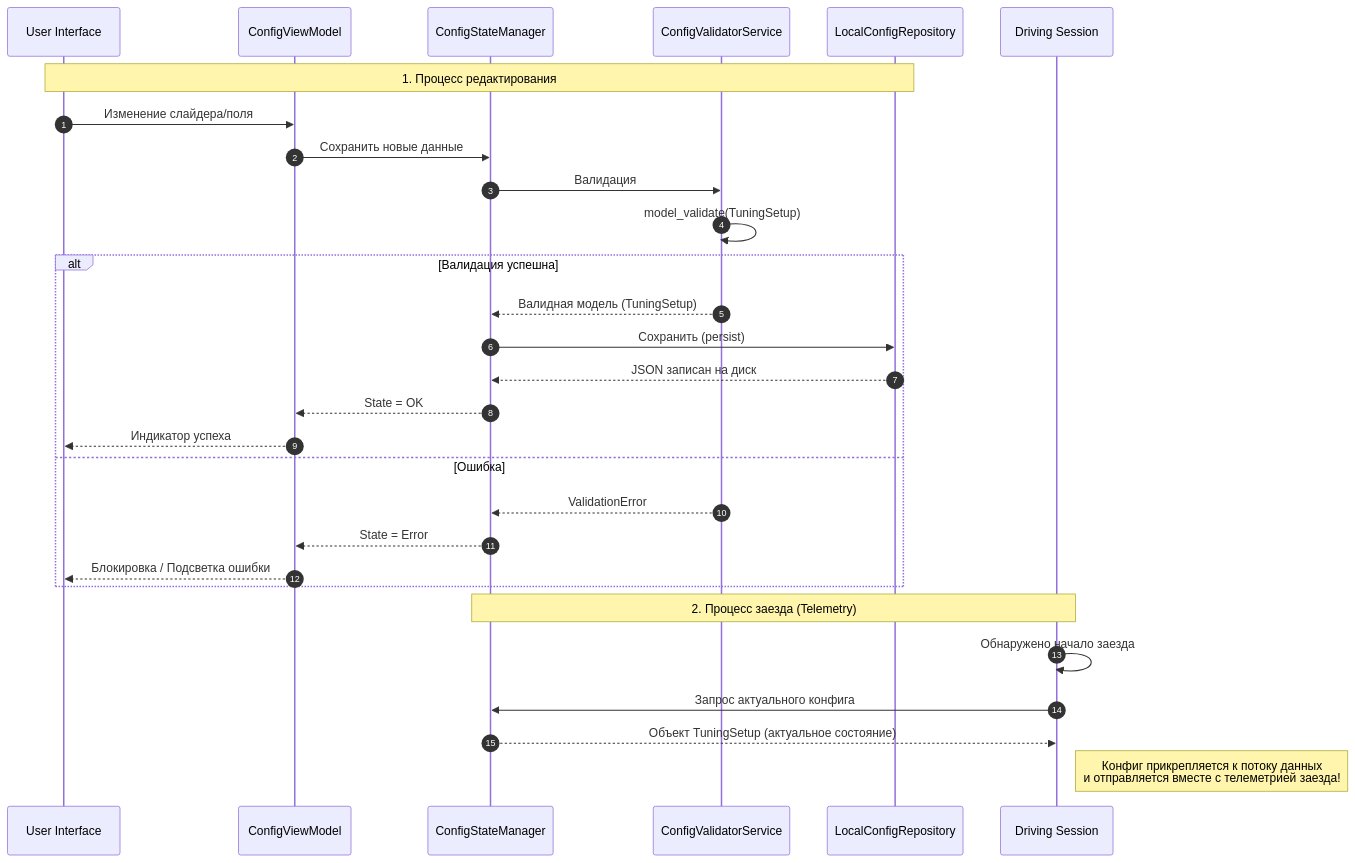
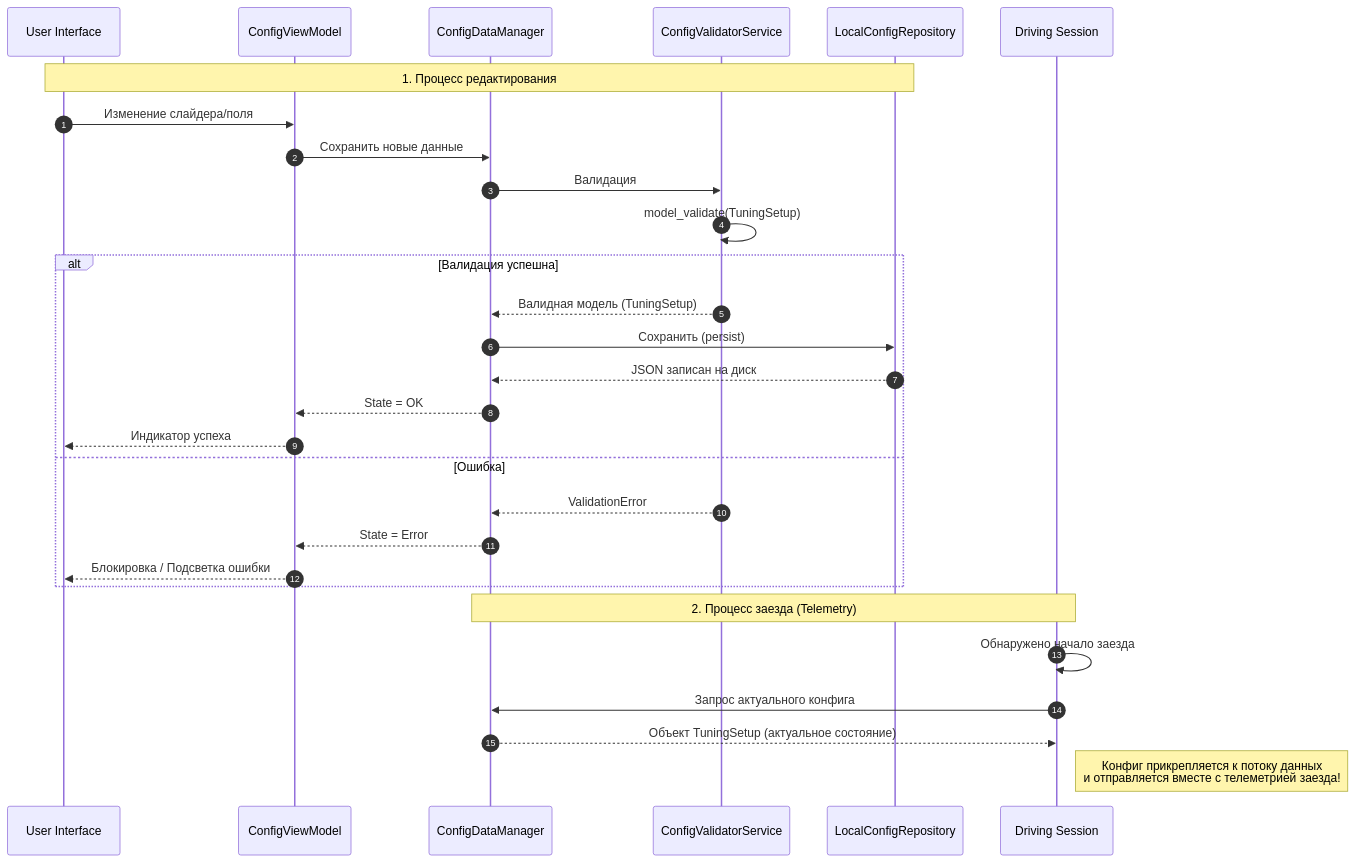
One commit to 1DenLy/ForzaAITuner changed the second of 2 diagrams in docs/04_Domain_Logic/01_config_state_management.md. Above: the diagram before and after it, drawn with Mermaid. The commit also changed other lines of this file and 4 other files, not shown here.

````diff
--- a/docs/04_Domain_Logic/01_config_state_management.md
+++ b/docs/04_Domain_Logic/01_config_state_management.md
@@ -56,35 +56,35 @@
 ```mermaid
 sequenceDiagram
     autonumber
     
     participant UI as User Interface
     participant CVM as ConfigViewModel
-    participant CSM as ConfigStateManager
+    participant CSM as ConfigDataManager
     participant CVS as ConfigValidatorService
     participant LCR as LocalConfigRepository
     participant Session as Driving Session
 
     Note over UI, LCR: 1. Процесс редактирования
     UI->>CVM: Изменение слайдера/поля
     CVM->>CSM: Сохранить новые данные
     CSM->>CVS: Валидация
     CVS->>CVS: model_validate(TuningSetup)
     
     alt Валидация успешна
         CVS-->>CSM: Валидная модель (TuningSetup)
         CSM->>LCR: Сохранить (persist)
         LCR-->>CSM: JSON записан на диск
         CSM-->>CVM: State = OK
         CVM-->>UI: Индикатор успеха
     else Ошибка
         CVS-->>CSM: ValidationError
         CSM-->>CVM: State = Error
         CVM-->>UI: Блокировка / Подсветка ошибки
     end
 
     Note over CSM, Session: 2. Процесс заезда (Telemetry)
     Session->>Session: Обнаружено начало заезда
     Session->>CSM: Запрос актуального конфига
     CSM-->>Session: Объект TuningSetup (актуальное состояние)
     Note right of Session: Конфиг прикрепляется к потоку данных<br>и отправляется вместе с телеметрией заезда!
 ```
````
